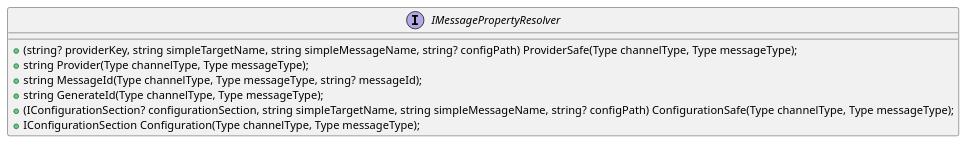
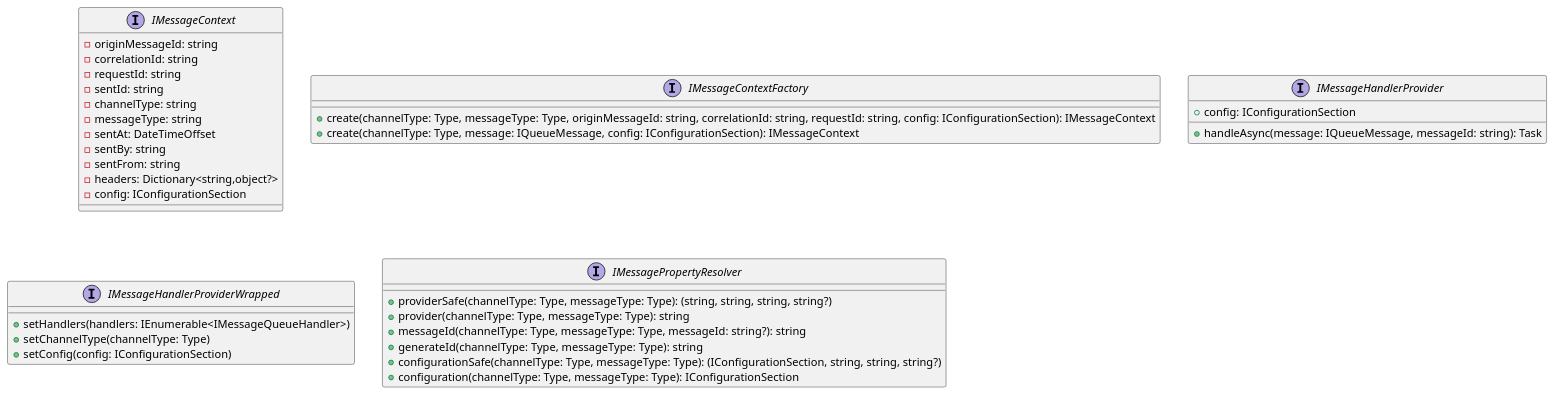
One commit to mwwhited-forks/dotnet-libs changed the diagram in docs/generated/Framework/Eliassen.MessageQueueing.Abstractions/Services/Documentation.md. Above: the diagram before and after it, drawn with PlantUML. The commit also changed other lines of this file and 444 other files, not shown here.

````diff
--- a/docs/generated/Framework/Eliassen.MessageQueueing.Abstractions/Services/Documentation.md
+++ b/docs/generated/Framework/Eliassen.MessageQueueing.Abstractions/Services/Documentation.md
@@ -70,12 +60,38 @@
 ```plantuml
 @startuml
+interface IMessageContext {
+  - originMessageId: string
+  - correlationId: string
+  - requestId: string
+  - sentId: string
+  - channelType: string
+  - messageType: string
+  - sentAt: DateTimeOffset
+  - sentBy: string
+  - sentFrom: string
+  - headers: Dictionary<string,object?>
+  - config: IConfigurationSection
+}
+interface IMessageContextFactory {
+  + create(channelType: Type, messageType: Type, originMessageId: string, correlationId: string, requestId: string, config: IConfigurationSection): IMessageContext
+  + create(channelType: Type, message: IQueueMessage, config: IConfigurationSection): IMessageContext
+}
+interface IMessageHandlerProvider {
+  + handleAsync(message: IQueueMessage, messageId: string): Task
+  + config: IConfigurationSection
+}
+interface IMessageHandlerProviderWrapped {
+  + setHandlers(handlers: IEnumerable<IMessageQueueHandler>)
+  + setChannelType(channelType: Type)
+  + setConfig(config: IConfigurationSection)
+}
 interface IMessagePropertyResolver {
-  + (string? providerKey, string simpleTargetName, string simpleMessageName, string? configPath) ProviderSafe(Type channelType, Type messageType);
-  + string Provider(Type channelType, Type messageType);
-  + string MessageId(Type channelType, Type messageType, string? messageId);
-  + string GenerateId(Type channelType, Type messageType);
-  + (IConfigurationSection? configurationSection, string simpleTargetName, string simpleMessageName, string? configPath) ConfigurationSafe(Type channelType, Type messageType);
-  + IConfigurationSection Configuration(Type channelType, Type messageType);
+  + providerSafe(channelType: Type, messageType: Type): (string, string, string, string?)
+  + provider(channelType: Type, messageType: Type): string
+  + messageId(channelType: Type, messageType: Type, messageId: string?): string
+  + generateId(channelType: Type, messageType: Type): string
+  + configurationSafe(channelType: Type, messageType: Type): (IConfigurationSection, string, string, string?)
+  + configuration(channelType: Type, messageType: Type): IConfigurationSection
 }
 @enduml
 ```
````
